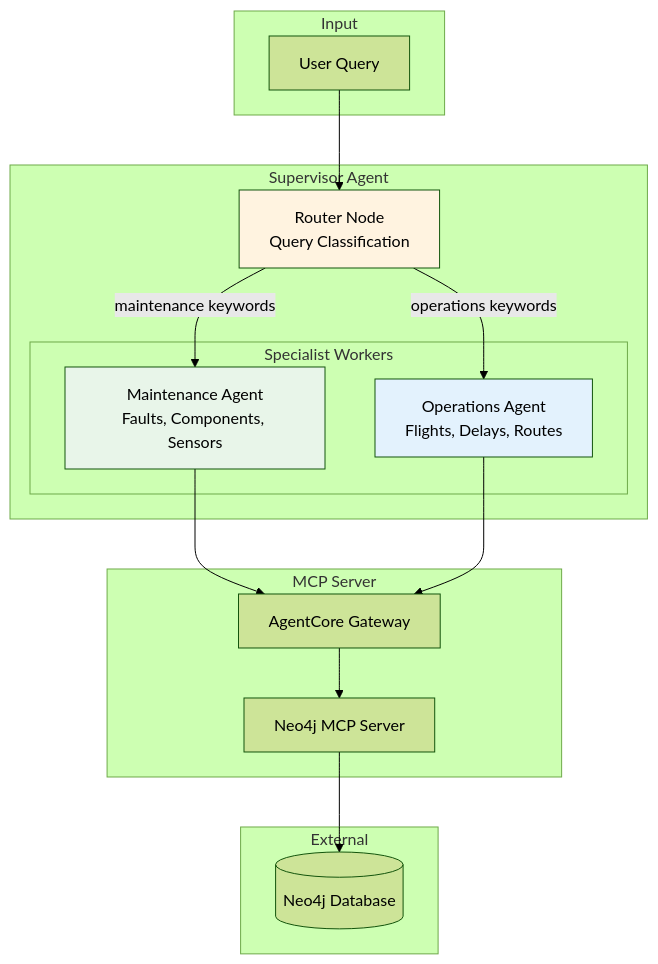
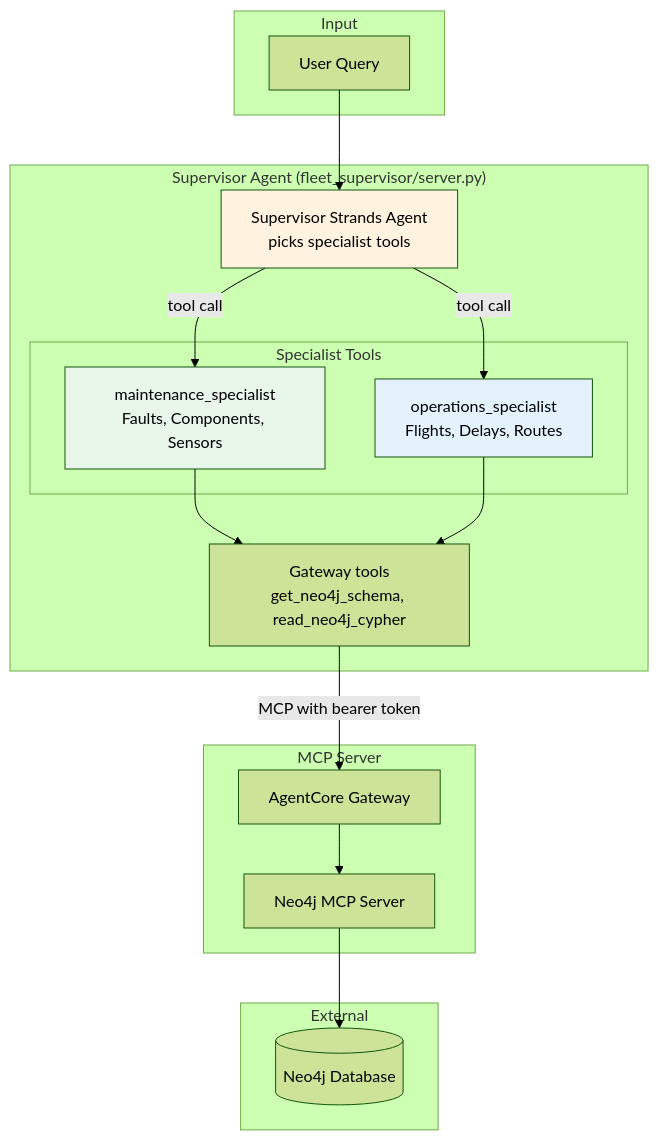
The seventh of 8 diagrams in docs/ARCHITECTURE.md (neo4j-partners/aws-starter), drawn with Mermaid (forest theme) before and after one commit. The commit also changed other lines of this file and 4 other files, not shown here.

First line of the commit message:
Docs: describe the Strands supervisor and the current fleet setup

````diff
--- a/docs/ARCHITECTURE.md
+++ b/docs/ARCHITECTURE.md
@@ -433,36 +433,39 @@
 ```mermaid
 flowchart TB
     subgraph Input["Input"]
         USER[User Query]
     end
 
-    subgraph Supervisor["Supervisor Agent"]
-        ROUTER[Router Node<br/>Query Classification]
+    subgraph Supervisor["Supervisor Agent (fleet_supervisor/server.py)"]
+        SUP[Supervisor Strands Agent<br/>picks specialist tools]
 
-        subgraph Workers["Specialist Workers"]
-            MAINT[Maintenance Agent<br/>Faults, Components, Sensors]
-            OPS[Operations Agent<br/>Flights, Delays, Routes]
+        subgraph Workers["Specialist Tools"]
+            MAINT[maintenance_specialist<br/>Faults, Components, Sensors]
+            OPS[operations_specialist<br/>Flights, Delays, Routes]
         end
+
+        GWTOOLS[Gateway tools<br/>get_neo4j_schema, read_neo4j_cypher]
     end
 
     subgraph MCP["MCP Server"]
         GATEWAY[AgentCore Gateway]
         MCPSERVER[Neo4j MCP Server]
     end
 
     subgraph External["External"]
         NEO4J[(Neo4j Database)]
     end
 
-    USER --> ROUTER
-    ROUTER -->|maintenance keywords| MAINT
-    ROUTER -->|operations keywords| OPS
-    MAINT --> GATEWAY
-    OPS --> GATEWAY
+    USER --> SUP
+    SUP -->|tool call| MAINT
+    SUP -->|tool call| OPS
+    MAINT --> GWTOOLS
+    OPS --> GWTOOLS
+    GWTOOLS -->|MCP with bearer token| GATEWAY
     GATEWAY --> MCPSERVER
     MCPSERVER --> NEO4J
 
-    style ROUTER fill:#fff3e0
+    style SUP fill:#fff3e0
     style MAINT fill:#e8f5e9
     style OPS fill:#e3f2fd
 ```
````
